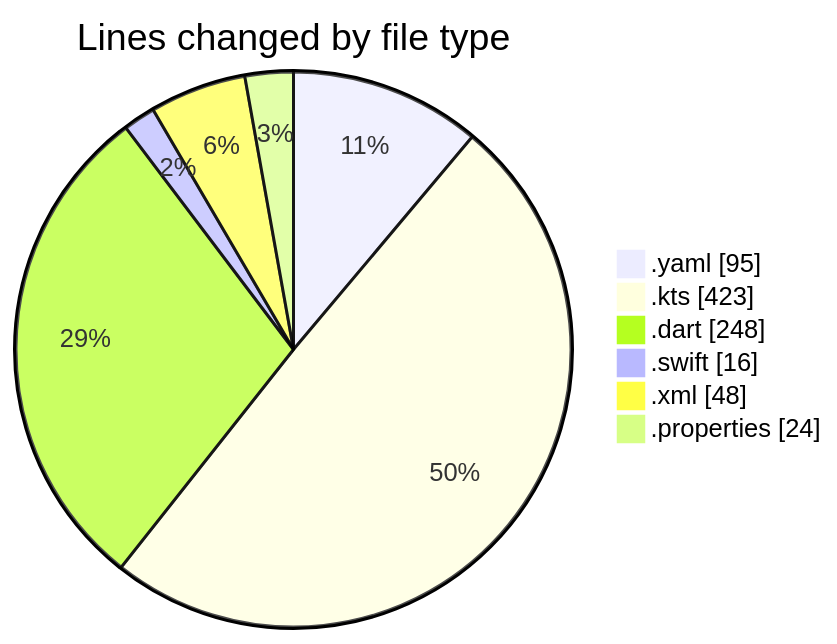
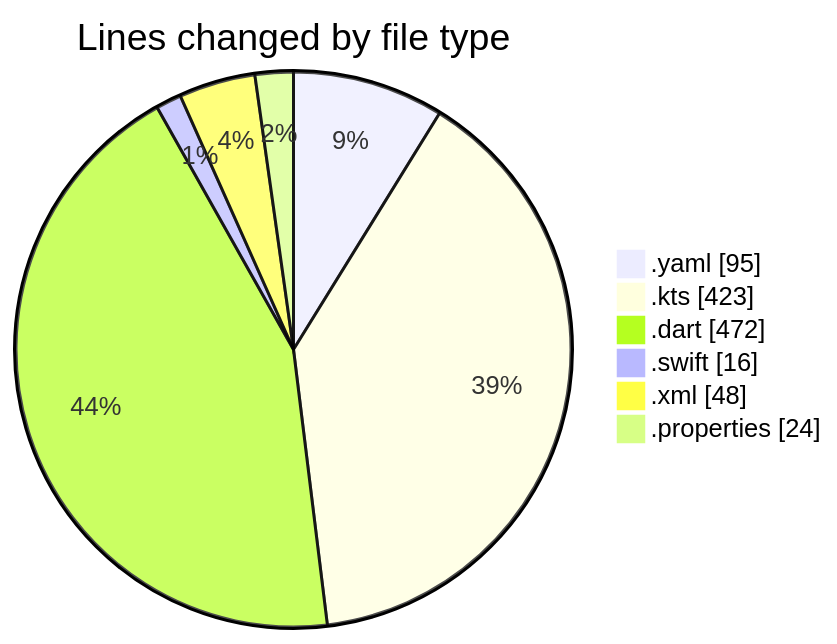
The first of 2 diagrams in 2025-02-16/uber_clone/README.md (donsfak/code-tracking), drawn with Mermaid before and after one commit. The commit also changed other lines of this file and 1 other file, not shown here.

````diff
--- a/2025-02-16/uber_clone/README.md
+++ b/2025-02-16/uber_clone/README.md
@@ -29,10 +29,10 @@
 ```mermaid
 pie showData
 title Lines changed by file type
 ".yaml" : 95
 ".kts" : 423
-".dart" : 248
+".dart" : 472
 ".swift" : 16
 ".xml" : 48
 ".properties" : 24
 ```
````
